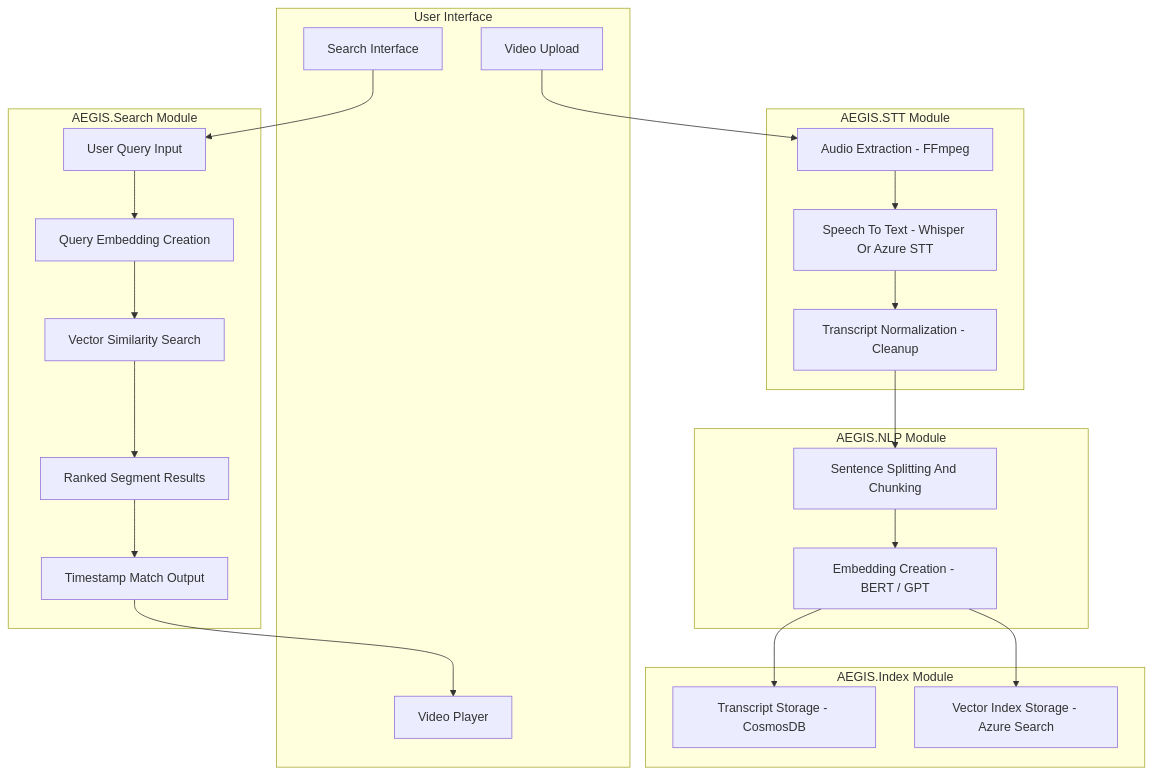
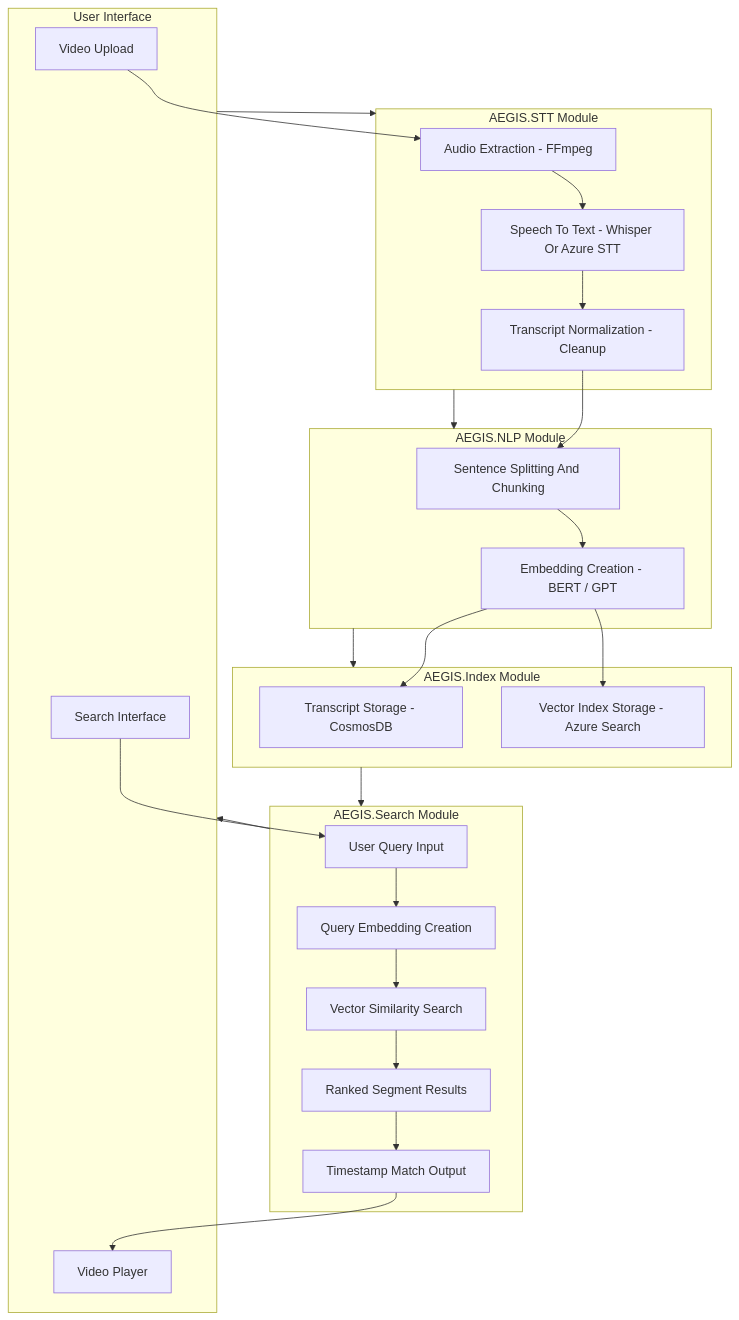
One commit to kishoredb/kishoredb-research changed the diagram in diagrams/aegis-architecture.md. Above: the diagram before and after it, drawn with Mermaid.

````diff
--- a/diagrams/aegis-architecture.md
+++ b/diagrams/aegis-architecture.md
@@ -1,50 +1,69 @@
 ```mermaid
 flowchart TD
 
+    %% =======================
     %% USER INTERFACE
+    %% =======================
     subgraph UI [User Interface]
         U1[Video Upload]
         U2[Search Interface]
         U3[Video Player]
     end
 
+    %% =======================
     %% AEGIS.STT
+    %% =======================
     subgraph STT [AEGIS.STT Module]
         A1[Audio Extraction - FFmpeg]
         A2[Speech To Text - Whisper Or Azure STT]
         A3[Transcript Normalization - Cleanup]
     end
 
+    %% =======================
     %% AEGIS.NLP
+    %% =======================
     subgraph NLP [AEGIS.NLP Module]
         A4[Sentence Splitting And Chunking]
         A5[Embedding Creation - BERT / GPT]
     end
 
+    %% =======================
     %% AEGIS.Index
+    %% =======================
     subgraph INDEX [AEGIS.Index Module]
         A6[Transcript Storage - CosmosDB]
         A7[Vector Index Storage - Azure Search]
     end
 
+    %% =======================
     %% AEGIS.Search
+    %% =======================
     subgraph SEARCH [AEGIS.Search Module]
         Q1[User Query Input]
         Q2[Query Embedding Creation]
         Q3[Vector Similarity Search]
         Q4[Ranked Segment Results]
         Q5[Timestamp Match Output]
     end
 
-    %% USER FLOW
+    %% =======================
+    %% HIGH-LEVEL MODULE FLOW
+    %% =======================
+    UI --> STT
+    STT --> NLP
+    NLP --> INDEX
+    INDEX --> SEARCH
+    SEARCH --> UI
+
+    %% =======================
+    %% INTERNAL PROCESSING FLOWS
+    %% =======================
     U1 --> A1
-    U2 --> Q1
-    Q5 --> U3
-
-    %% BACKEND FLOW
     A1 --> A2 --> A3 --> A4 --> A5
     A5 --> A6
     A5 --> A7
 
+    U2 --> Q1
     Q1 --> Q2 --> Q3 --> Q4 --> Q5
+    Q5 --> U3
 ```
````
